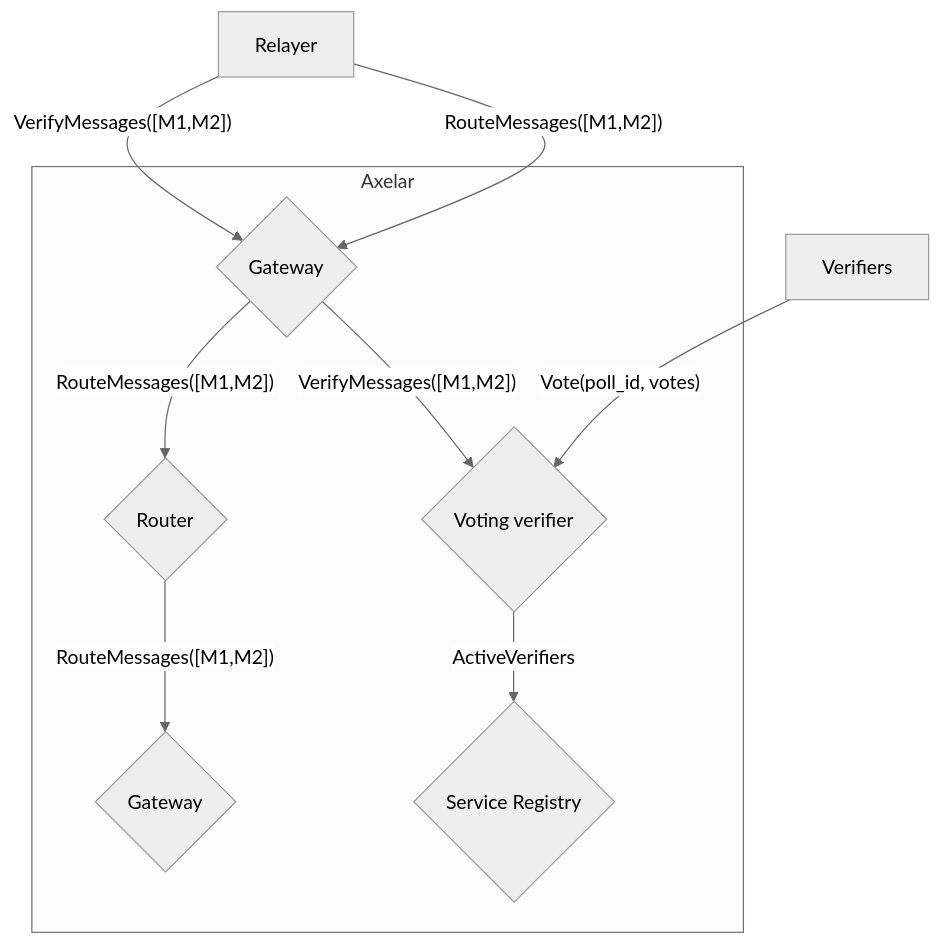
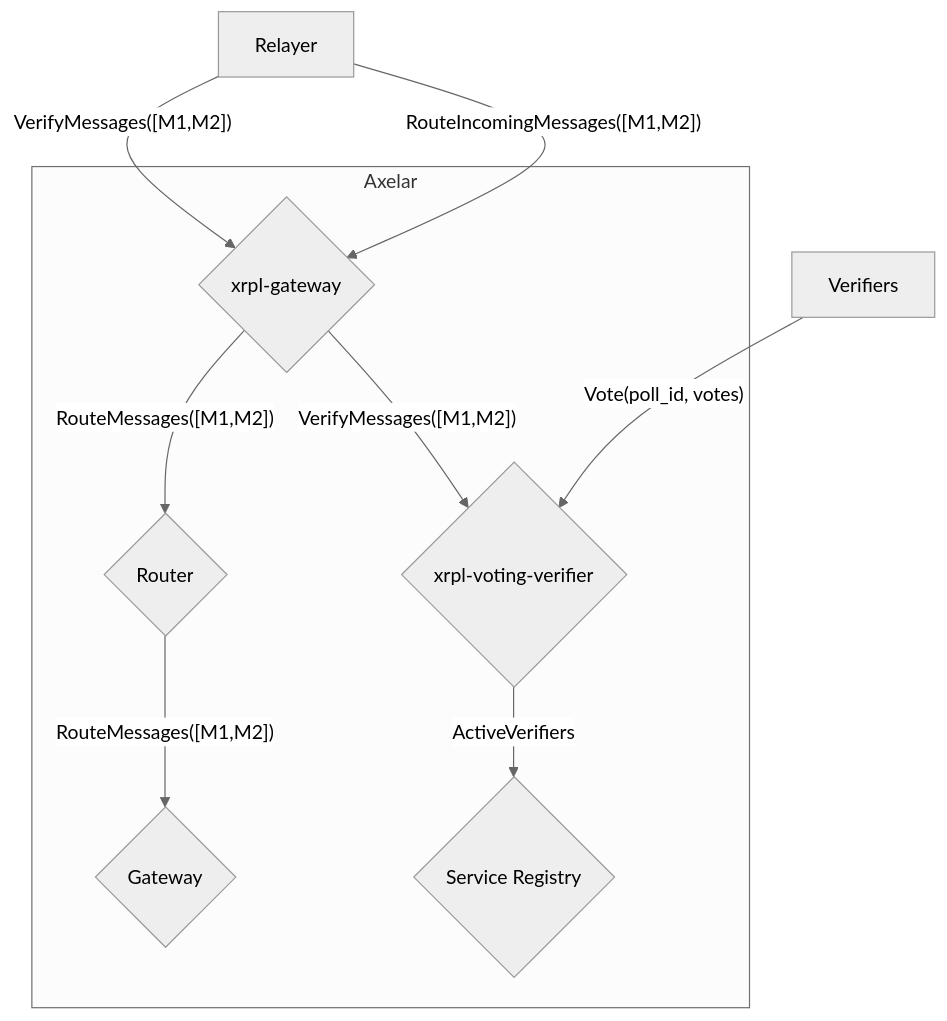
Before and after one commit to axelarnetwork/axelar-amplifier-xrpl: the first of 2 diagrams in doc/src/overview.md, drawn with Mermaid (neutral theme). The commit also changed other lines of this file and 9 other files, not shown here.

````diff
--- a/doc/src/overview.md
+++ b/doc/src/overview.md
@@ -31,19 +11,19 @@
 ```mermaid
 flowchart TD
 subgraph Axelar
-	G1{"Gateway"}
+	G1{"xrpl-gateway"}
     G2{"Gateway"}
-	Vo{"Voting verifier"}
+	Vo{"xrpl-voting-verifier"}
 	R{"Router"}
     S{"Service Registry"}
 end
 
 Relayer --"VerifyMessages([M1,M2])"-->G1
 G1 --"VerifyMessages([M1,M2])"--> Vo
 Vo --"ActiveVerifiers"--> S
 Verifiers --"Vote(poll_id, votes)"--> Vo
 
-Relayer --"RouteMessages([M1,M2])"-->G1
+Relayer --"RouteIncomingMessages([M1,M2])"-->G1
 G1 --"RouteMessages([M1,M2])"-->R
 R --"RouteMessages([M1,M2])"-->G2
 ```
````
